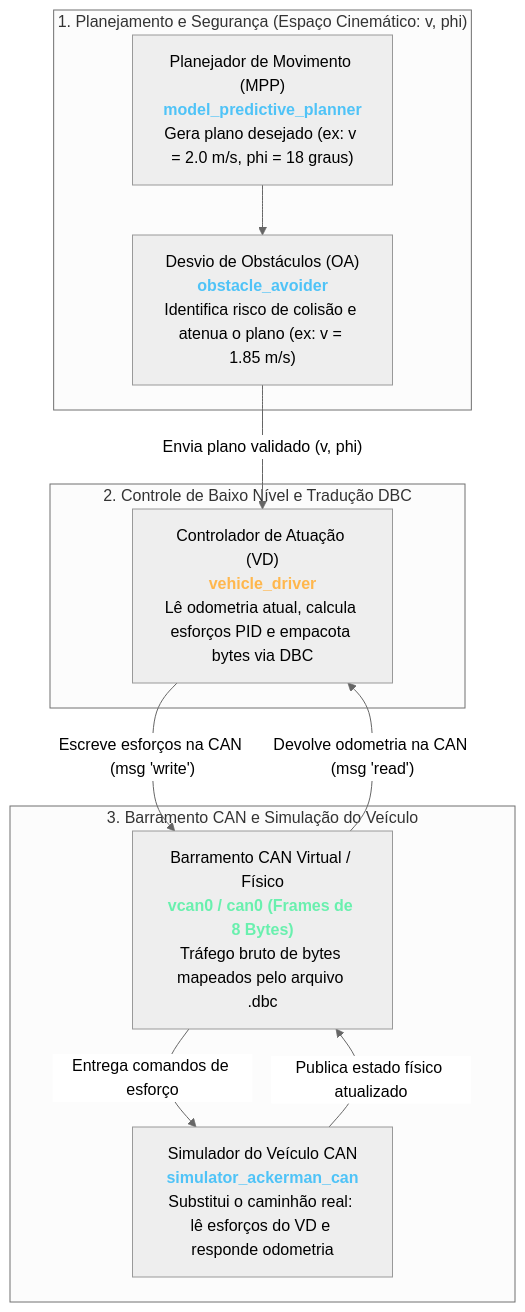
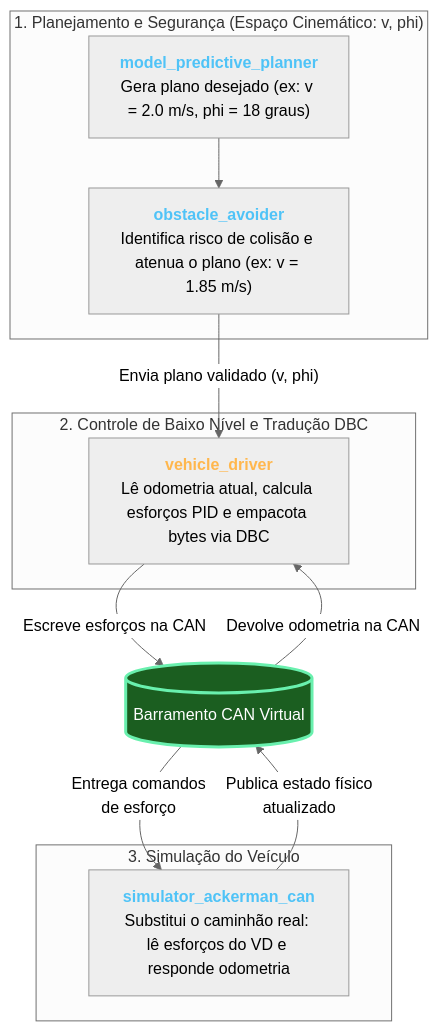
One commit to BrenoCSilva/lume changed the first of 2 diagrams in simulator_ackerman/docs/01_arquitetura_e_fluxo_geral.md. Above: the diagram before and after it, drawn with Mermaid (neutral theme). The commit also changed other lines of this file, not shown here.

````diff
--- a/simulator_ackerman/docs/01_arquitetura_e_fluxo_geral.md
+++ b/simulator_ackerman/docs/01_arquitetura_e_fluxo_geral.md
@@ -7,22 +7,26 @@
 ```mermaid
 flowchart TD
     subgraph AltoNivel ["1. Planejamento e Segurança (Espaço Cinemático: v, phi)"]
-        MPP["Planejador de Movimento (MPP)<br/><b style='color:#4fc3f7'>model_predictive_planner</b><br/>Gera plano desejado (ex: v = 2.0 m/s, phi = 18 graus)"]
-        MPP --> OA["Desvio de Obstáculos (OA)<br/><b style='color:#4fc3f7'>obstacle_avoider</b><br/>Identifica risco de colisão e atenua o plano (ex: v = 1.85 m/s)"]
+        MPP["<b style='color:#4fc3f7'>model_predictive_planner</b><br/>Gera plano desejado (ex: v = 2.0 m/s, phi = 18 graus)"]
+        MPP --> OA["<b style='color:#4fc3f7'>obstacle_avoider</b><br/>Identifica risco de colisão e atenua o plano (ex: v = 1.85 m/s)"]
     end
 
     OA -->|"Envia plano validado (v, phi)"| VD
 
     subgraph Controle ["2. Controle de Baixo Nível e Tradução DBC"]
-        VD["Controlador de Atuação (VD)<br/><b style='color:#ffb74d'>vehicle_driver</b><br/>Lê odometria atual, calcula esforços PID e empacota bytes via DBC"]
+        VD["<b style='color:#ffb74d'>vehicle_driver</b><br/>Lê odometria atual, calcula esforços PID e empacota bytes via DBC"]
     end
 
-    VD -->|"Escreve esforços na CAN (msg 'write')"| CAN_BUS
-    CAN_BUS -->|"Devolve odometria na CAN (msg 'read')"| VD
+    CAN_BUS[("Barramento CAN Virtual")]
 
-    subgraph HardwareOuSim ["3. Barramento CAN e Simulação do Veículo"]
-        CAN_BUS["Barramento CAN Virtual / Físico<br/><b style='color:#69f0ae'>vcan0 / can0 (Frames de 8 Bytes)</b><br/>Tráfego bruto de bytes mapeados pelo arquivo .dbc"]
-        CAN_BUS -->|"Entrega comandos de esforço"| SIM["Simulador do Veículo CAN<br/><b style='color:#4fc3f7'>simulator_ackerman_can</b><br/>Substitui o caminhão real: lê esforços do VD e responde odometria"]
-        SIM -->|"Publica estado físico atualizado"| CAN_BUS
+    subgraph HardwareOuSim ["3. Simulação do Veículo"]
+        SIM["<b style='color:#4fc3f7'>simulator_ackerman_can</b><br/>Substitui o caminhão real: lê esforços do VD e responde odometria"]
     end
+
+    VD -->|"Escreve esforços na CAN<br/>"| CAN_BUS
+    CAN_BUS -->|"Devolve odometria na CAN<br/>"| VD
+    CAN_BUS -->|"Entrega comandos <br/>de esforço<br/>"| SIM
+    SIM -->|"Publica estado físico <br/>atualizado<br/>"| CAN_BUS
+
+    style CAN_BUS fill:#1b5e20,stroke:#69f0ae,stroke-width:3px,color:#ffffff
 ```
````
